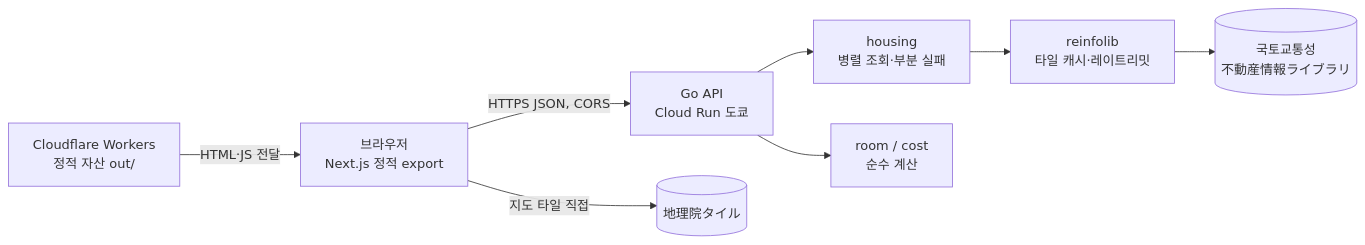
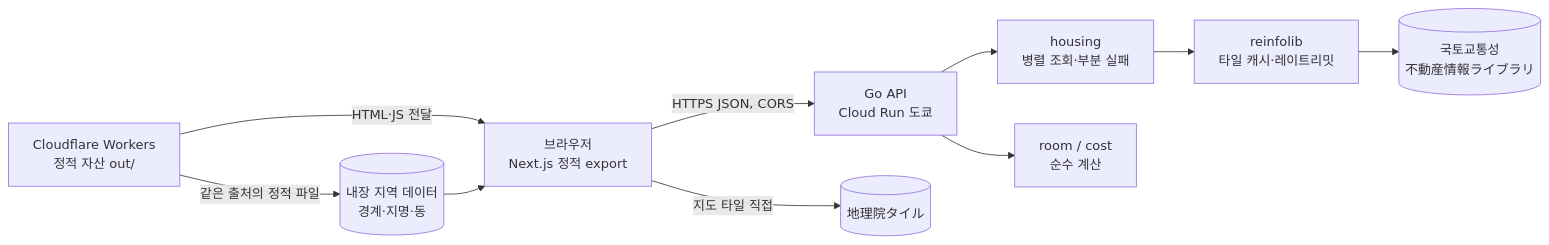
One commit to jjoonii34/Kurashi-nav changed the second of 2 diagrams in docs/MVP.md. Above: the diagram before and after it, drawn with Mermaid. The commit also changed other lines of this file and 64 other files, not shown here.

````diff
--- a/docs/MVP.md
+++ b/docs/MVP.md
@@ -69,10 +72,12 @@
 ```mermaid
 flowchart LR
   CF[Cloudflare Workers<br/>정적 자산 out/] -->|HTML·JS 전달| U[브라우저<br/>Next.js 정적 export]
   U -->|HTTPS JSON, CORS| API[Go API<br/>Cloud Run 도쿄]
   API --> H[housing<br/>병렬 조회·부분 실패]
   API --> R[room / cost<br/>순수 계산]
   H --> RL[reinfolib<br/>타일 캐시·레이트리밋]
   RL --> MLIT[(국토교통성<br/>不動産情報ライブラリ)]
   U -->|지도 타일 직접| GSI[(地理院タイル)]
+  CF -->|같은 출처의 정적 파일| D[(내장 지역 데이터<br/>경계·지명·동)]
+  D --> U
 ```
````
